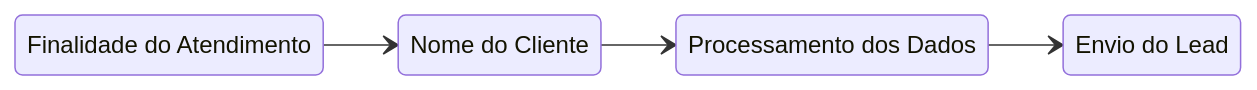
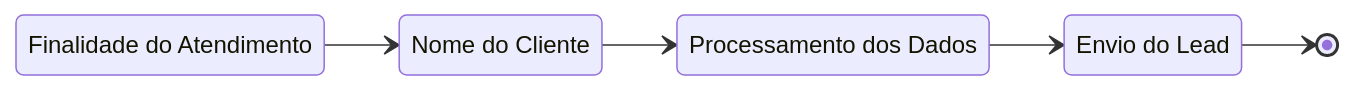
One commit to pepeleascov/cmsouza changed the diagram in readme.md. Above: the diagram before and after it, drawn with Mermaid.

Commit message:
Formatting

````diff
--- a/readme.md
+++ b/readme.md
@@ -122,11 +122,12 @@
 ```mermaid
 stateDiagram
     1: Finalidade do Atendimento
     2: Nome do Cliente
     3: Processamento dos Dados
     4: Envio do Lead
     direction LR
     1 --> 2
     2 --> 3
     3 --> 4
+    4 --> [*]
 ```
````
